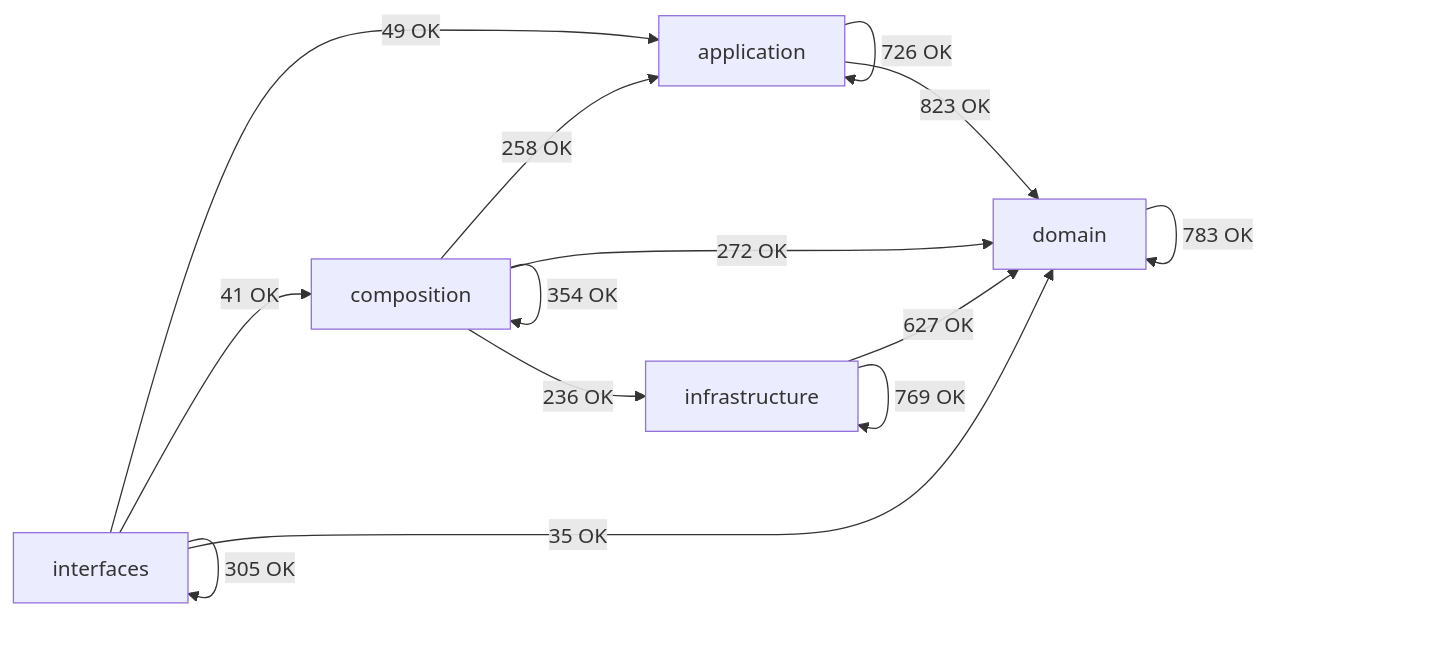
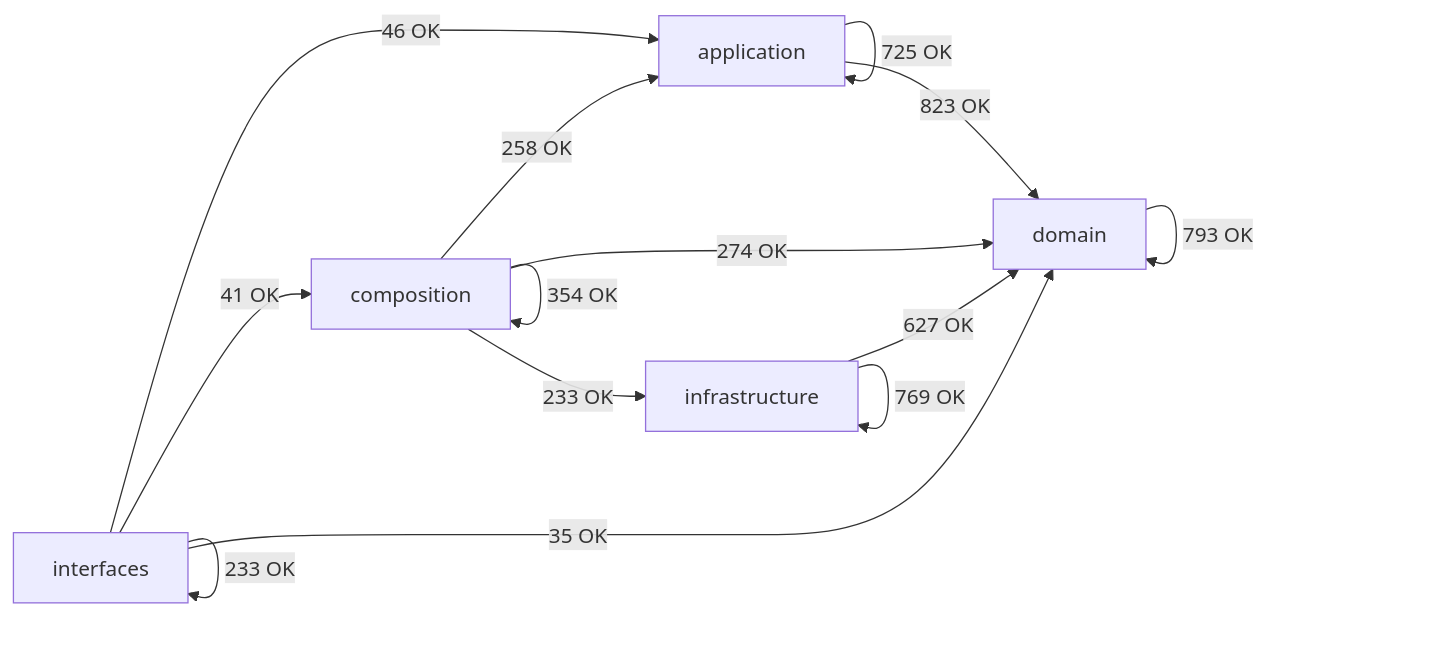
The diagram in docs/02-architecture/generated/module-dependency-map.md (SatoryKono/BioactivityDataAcquisition), drawn with Mermaid before and after one commit. The commit also changed other lines of this file and 131 other files, not shown here.

First line of the commit message:
Add ChEMBL tissue & subcellular Pandera schemas

````diff
--- a/docs/02-architecture/generated/module-dependency-map.md
+++ b/docs/02-architecture/generated/module-dependency-map.md
@@ -17,21 +17,21 @@
 ```mermaid
 flowchart LR
     domain[domain]
     application[application]
     infrastructure[infrastructure]
     composition[composition]
     interfaces[interfaces]
-    application -->|726 OK| application
+    application -->|725 OK| application
     application -->|823 OK| domain
     composition -->|258 OK| application
     composition -->|354 OK| composition
-    composition -->|272 OK| domain
-    composition -->|236 OK| infrastructure
-    domain -->|783 OK| domain
+    composition -->|274 OK| domain
+    composition -->|233 OK| infrastructure
+    domain -->|793 OK| domain
     infrastructure -->|627 OK| domain
     infrastructure -->|769 OK| infrastructure
-    interfaces -->|49 OK| application
+    interfaces -->|46 OK| application
     interfaces -->|41 OK| composition
     interfaces -->|35 OK| domain
-    interfaces -->|305 OK| interfaces
+    interfaces -->|233 OK| interfaces
 ```
````
